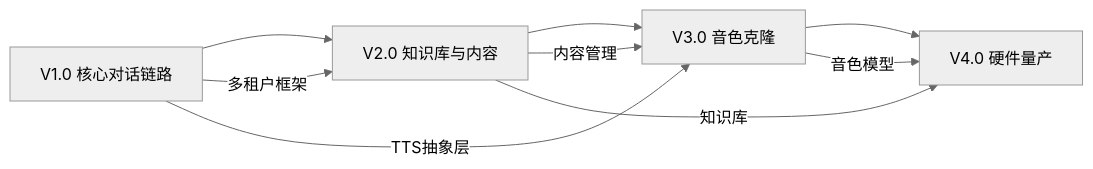
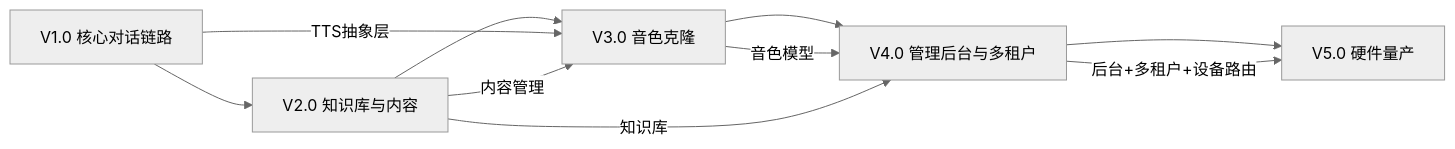
One commit to harunme/minibot changed the diagram in docs/ROADMAP.md. Above: the diagram before and after it, drawn with Mermaid (neutral theme). The commit also changed other lines of this file, not shown here.

````diff
--- a/docs/ROADMAP.md
+++ b/docs/ROADMAP.md
@@ -204,12 +242,13 @@
 ```mermaid
 graph LR
     V1[V1.0 核心对话链路] --> V2[V2.0 知识库与内容]
     V2 --> V3[V3.0 音色克隆]
-    V3 --> V4[V4.0 硬件量产]
+    V3 --> V4[V4.0 管理后台与多租户]
+    V4 --> V5[V5.0 硬件量产]
     
-    V1 --> |多租户框架| V2
     V1 --> |TTS抽象层| V3
     V2 --> |内容管理| V3
+    V3 --> |音色模型| V4
+    V4 --> |后台+多租户+设备路由| V5
     V2 --> |知识库| V4
-    V3 --> |音色模型| V4
 ```
````
